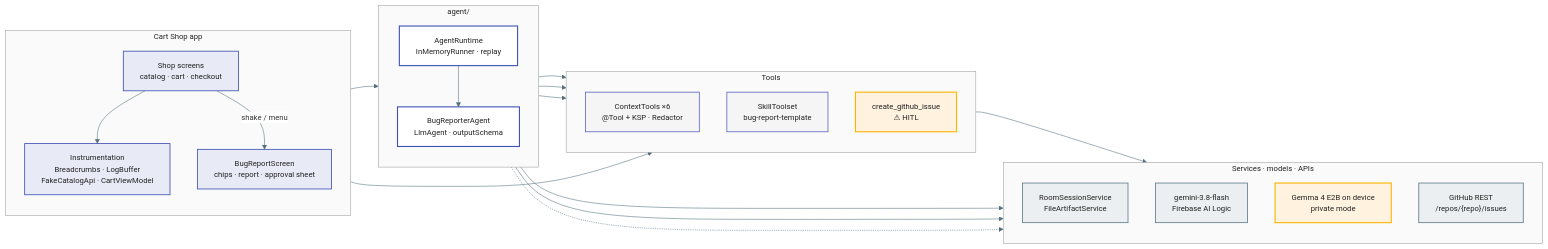
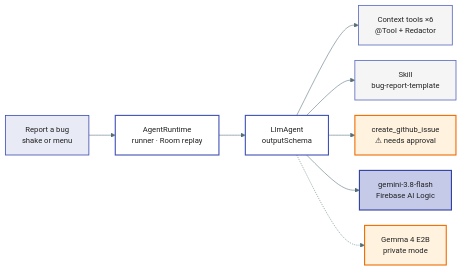
Before and after one commit to ykro/cart-shop-demo: the first of 2 diagrams in README.md, drawn with Mermaid. The commit also changed other lines of this file, not shown here.

Commit message:
Trail Aid: start the CPR metronome deterministically; clearer diagrams; public repos
- AgentRuntime starts the metronome the moment load_skill(cpr-adult) is observed
  (a 2B model does not reliably call start_cpr_metronome); chip labelled 'app'.
- Instruction spells out the CPR rule and that call/SMS always ask for approval.
- All README Mermaid diagrams simplified (<= 8 nodes, no subgraphs, one story).
- Each app README links its standalone public repo; tools/sync-public.sh pushes
  the three subtrees to cart-shop-demo, recovery-pal-demo and trail-aid-demo.

Claude-Session: https://claude.ai/code/session_01CG2TEoiKTQVJWCuS4cZA8s

````diff
--- a/README.md
+++ b/README.md
@@ -27,52 +29,22 @@
 ```mermaid
-%%{init: {'theme':'base','themeVariables': {'lineColor':'#546E7A','textColor':'#212121','edgeLabelBackground':'#FFFFFF','fontSize':'14px'},'flowchart': {'wrappingWidth': 320}}}%%
+%%{init: {'theme':'base','themeVariables': {'lineColor':'#546E7A','textColor':'#212121','edgeLabelBackground':'#FFFFFF','fontSize':'14px'},'flowchart': {'wrappingWidth': 260, 'nodeSpacing': 28, 'rankSpacing': 48}}}%%
 flowchart LR
-  subgraph HOST["Cart Shop app"]
-    direction TB
-    Shop["Shop screens<br/>catalog · cart · checkout"]
-    BR["BugReportScreen<br/>chips · report · approval sheet"]
-    Instr["Instrumentation<br/>Breadcrumbs · LogBuffer<br/>FakeCatalogApi · CartViewModel"]
-  end
-  subgraph AGENT["agent/"]
-    direction TB
-    RT["AgentRuntime<br/>InMemoryRunner · replay"]
-    AG["BugReporterAgent<br/>LlmAgent · outputSchema"]
-  end
-  subgraph TOOLS["Tools"]
-    direction TB
-    CT["ContextTools ×6<br/>@Tool + KSP · Redactor"]
-    SK["SkillToolset<br/>bug-report-template"]
-    GT["create_github_issue<br/>⚠︎ HITL"]
-  end
-  subgraph EXT["Services · models · APIs"]
-    direction TB
-    Svc["RoomSessionService<br/>FileArtifactService"]
-    Model["gemini-3.8-flash<br/>Firebase AI Logic"]
-    Local["Gemma 4 E2B on device<br/>private mode"]
-    GH["GitHub REST<br/>/repos/{repo}/issues"]
-  end
-
-  Shop --> Instr
-  Shop -- shake / menu --> BR --> RT --> AG
-  Instr --> CT
-  AG --> CT & SK & GT
-  RT --> Svc
-  AG --> Model
-  AG -.-> Local
-  GT --> GH
+  BR["Report a bug<br/>shake or menu"] --> RT["AgentRuntime<br/>runner · Room replay"]
+  RT --> AG["LlmAgent<br/>outputSchema"]
+  AG --> CT["Context tools ×6<br/>@Tool + Redactor"]
+  AG --> SK["Skill<br/>bug-report-template"]
+  AG --> GT["create_github_issue<br/>⚠︎ needs approval"]
+  AG --> G["gemini-3.8-flash<br/>Firebase AI Logic"]
+  AG -.-> L["Gemma 4 E2B<br/>private mode"]
 
   classDef ui fill:#E8EAF6,stroke:#3F51B5,stroke-width:1.5px,color:#212121
   classDef agent fill:#FFFFFF,stroke:#3F51B5,stroke-width:2px,color:#212121
   classDef tool fill:#F5F5F5,stroke:#5C6BC0,stroke-width:1.5px,color:#212121
-  classDef ext fill:#ECEFF1,stroke:#607D8B,stroke-width:1.5px,color:#212121
-  classDef accent fill:#FFF3E0,stroke:#FFB300,stroke-width:2px,color:#212121
-  class Shop,BR,Instr ui
+  classDef model fill:#C5CAE9,stroke:#303F9F,stroke-width:2px,color:#212121
+  classDef accent fill:#FFF3E0,stroke:#EF6C00,stroke-width:2px,color:#212121
+  class BR ui
   class RT,AG agent
   class CT,SK tool
-  class Svc,Model,GH ext
-  class GT,Local accent
-  style HOST fill:#FAFAFA,stroke:#9E9E9E,color:#212121
-  style AGENT fill:#FAFAFA,stroke:#9E9E9E,color:#212121
-  style TOOLS fill:#FAFAFA,stroke:#9E9E9E,color:#212121
-  style EXT fill:#FAFAFA,stroke:#9E9E9E,color:#212121
+  class G model
+  class GT,L accent
 ```
````
